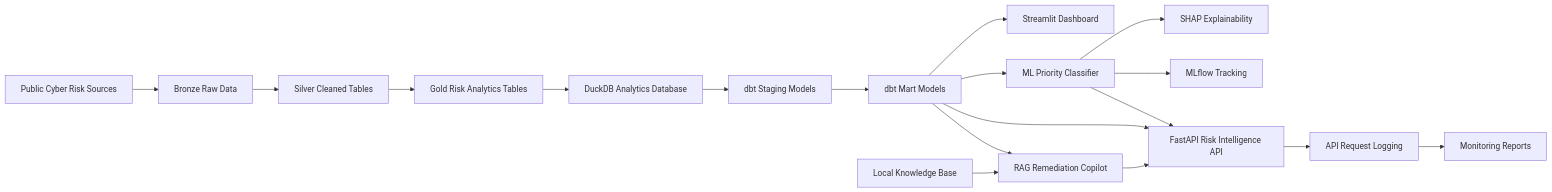
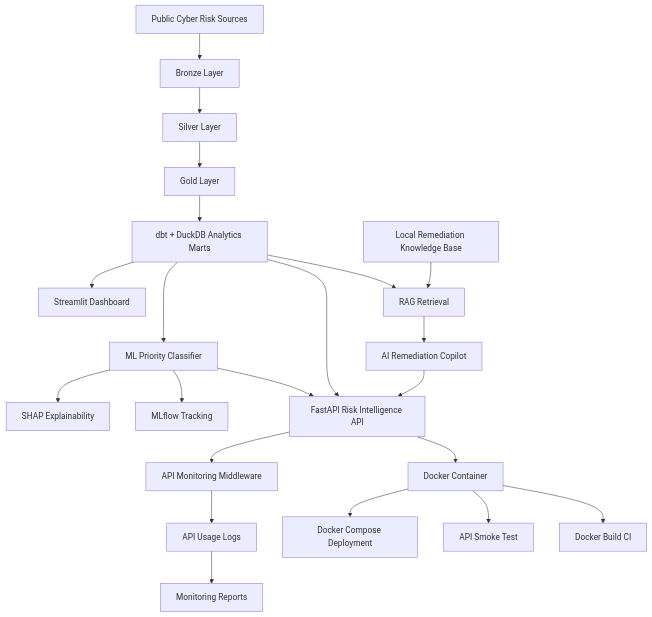
Before and after one commit to momo840505/cyber-risk-intelligence-lakehouse: the diagram in README.md, drawn with Mermaid. The commit also changed other lines of this file, not shown here.

Commit message:
Update README with Docker deployment details

````diff
--- a/README.md
+++ b/README.md
@@ -55,20 +46,29 @@
 ```mermaid
-flowchart LR
-    A[Public Cyber Risk Sources] --> B[Bronze Raw Data]
-    B --> C[Silver Cleaned Tables]
-    C --> D[Gold Risk Analytics Tables]
-    D --> E[DuckDB Analytics Database]
-    E --> F[dbt Staging Models]
-    F --> G[dbt Mart Models]
-    G --> H[Streamlit Dashboard]
-    G --> I[ML Priority Classifier]
-    I --> J[SHAP Explainability]
-    I --> K[MLflow Tracking]
-    G --> L[FastAPI Risk Intelligence API]
-    I --> L
-    G --> M[RAG Remediation Copilot]
-    M --> L
-    N[Local Knowledge Base] --> M
-    L --> O[API Request Logging]
+flowchart TD
+    A[Public Cyber Risk Sources] --> B[Bronze Layer]
+    B --> C[Silver Layer]
+    C --> D[Gold Layer]
+
+    D --> E[dbt + DuckDB Analytics Marts]
+    E --> F[Streamlit Dashboard]
+    E --> G[ML Priority Classifier]
+    G --> H[SHAP Explainability]
+    G --> I[MLflow Tracking]
+
+    E --> J[FastAPI Risk Intelligence API]
+    G --> J
+
+    K[Local Remediation Knowledge Base] --> L[RAG Retrieval]
+    E --> L
+    L --> M[AI Remediation Copilot]
+    M --> J
+
+    J --> N[API Monitoring Middleware]
+    N --> O[API Usage Logs]
     O --> P[Monitoring Reports]
+
+    J --> Q[Docker Container]
+    Q --> R[Docker Compose Deployment]
+    Q --> S[API Smoke Test]
+    Q --> T[Docker Build CI]
 ```
````
